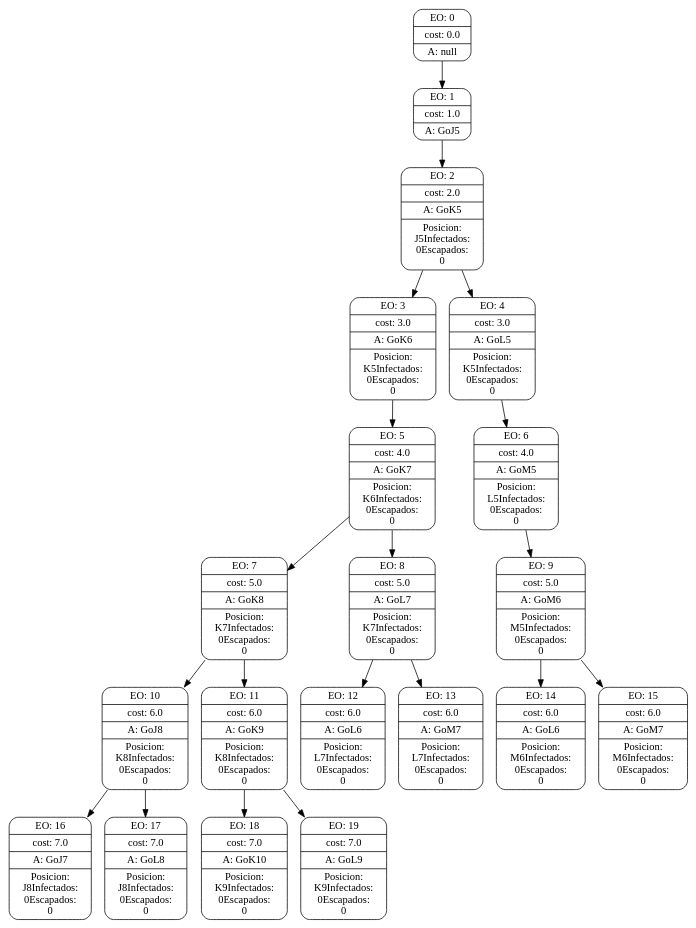
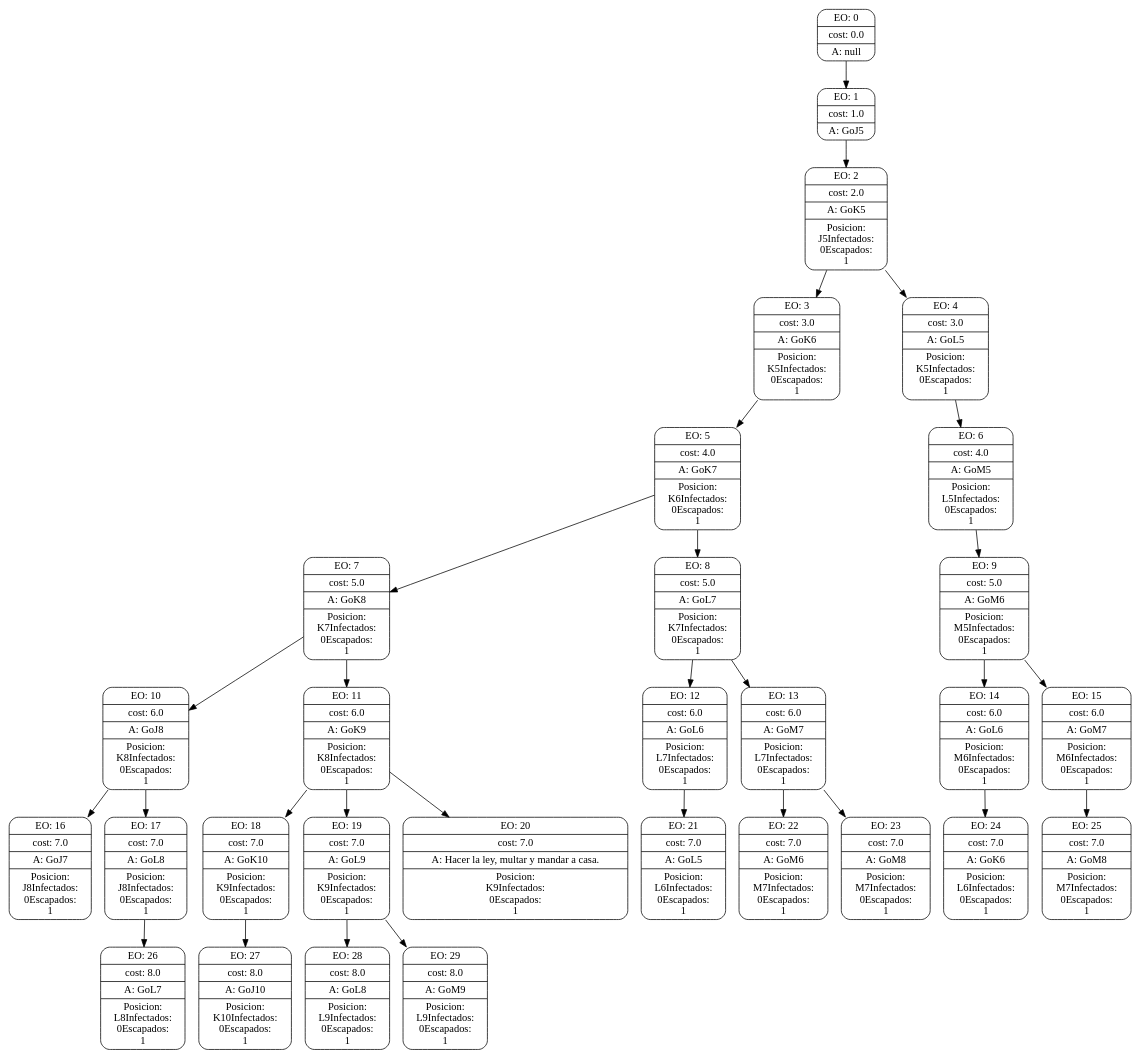
One commit to eliasbrizi/tp1IA changed the diagram in inteligenciaArtificialTP1/searchGVTrees/0.dot. Above: the diagram before and after it, drawn with Graphviz. The commit also changed 43 other files, not shown here.

```diff
--- a/inteligenciaArtificialTP1/searchGVTrees/0.dot
+++ b/inteligenciaArtificialTP1/searchGVTrees/0.dot
@@ -1,99 +1,149 @@
 digraph g {
 node [shape = Mrecord];
 nodo0[label="{EO: 0|cost: 0.0|A: null}"]
 nodo1[label="{EO: 1|cost: 1.0|A: GoJ5}"]
 nodo2[label="{EO: 2|cost: 2.0|A: GoK5|Posicion:\nJ5
 Infectados:\n0
-Escapados:\n0}"]
+Escapados:\n1}"]
 nodo3[label="{EO: 3|cost: 3.0|A: GoK6|Posicion:\nK5
 Infectados:\n0
-Escapados:\n0}"]
+Escapados:\n1}"]
 nodo5[label="{EO: 5|cost: 4.0|A: GoK7|Posicion:\nK6
 Infectados:\n0
-Escapados:\n0}"]
+Escapados:\n1}"]
 nodo7[label="{EO: 7|cost: 5.0|A: GoK8|Posicion:\nK7
 Infectados:\n0
-Escapados:\n0}"]
+Escapados:\n1}"]
 nodo10[label="{EO: 10|cost: 6.0|A: GoJ8|Posicion:\nK8
 Infectados:\n0
-Escapados:\n0}"]
+Escapados:\n1}"]
 nodo16[label="{EO: 16|cost: 7.0|A: GoJ7|Posicion:\nJ8
 Infectados:\n0
-Escapados:\n0}"]
+Escapados:\n1}"]
 
 nodo10 -> nodo16;
 nodo17[label="{EO: 17|cost: 7.0|A: GoL8|Posicion:\nJ8
 Infectados:\n0
-Escapados:\n0}"]
+Escapados:\n1}"]
+nodo26[label="{EO: 26|cost: 8.0|A: GoL7|Posicion:\nL8
+Infectados:\n0
+Escapados:\n1}"]
+
+nodo17 -> nodo26;
 
 nodo10 -> nodo17;
 
 nodo7 -> nodo10;
 nodo11[label="{EO: 11|cost: 6.0|A: GoK9|Posicion:\nK8
 Infectados:\n0
-Escapados:\n0}"]
+Escapados:\n1}"]
 nodo18[label="{EO: 18|cost: 7.0|A: GoK10|Posicion:\nK9
 Infectados:\n0
-Escapados:\n0}"]
+Escapados:\n1}"]
+nodo27[label="{EO: 27|cost: 8.0|A: GoJ10|Posicion:\nK10
+Infectados:\n0
+Escapados:\n1}"]
+
+nodo18 -> nodo27;
 
 nodo11 -> nodo18;
 nodo19[label="{EO: 19|cost: 7.0|A: GoL9|Posicion:\nK9
 Infectados:\n0
-Escapados:\n0}"]
+Escapados:\n1}"]
+nodo28[label="{EO: 28|cost: 8.0|A: GoL8|Posicion:\nL9
+Infectados:\n0
+Escapados:\n1}"]
+
+nodo19 -> nodo28;
+nodo29[label="{EO: 29|cost: 8.0|A: GoM9|Posicion:\nL9
+Infectados:\n0
+Escapados:\n1}"]
+
+nodo19 -> nodo29;
 
 nodo11 -> nodo19;
+nodo20[label="{EO: 20|cost: 7.0|A: Hacer la ley, multar y mandar a casa.|Posicion:\nK9
+Infectados:\n0
+Escapados:\n1}"]
+
+nodo11 -> nodo20;
 
 nodo7 -> nodo11;
 
 nodo5 -> nodo7;
 nodo8[label="{EO: 8|cost: 5.0|A: GoL7|Posicion:\nK7
 Infectados:\n0
-Escapados:\n0}"]
+Escapados:\n1}"]
 nodo12[label="{EO: 12|cost: 6.0|A: GoL6|Posicion:\nL7
 Infectados:\n0
-Escapados:\n0}"]
+Escapados:\n1}"]
+nodo21[label="{EO: 21|cost: 7.0|A: GoL5|Posicion:\nL6
+Infectados:\n0
+Escapados:\n1}"]
+
+nodo12 -> nodo21;
 
 nodo8 -> nodo12;
 nodo13[label="{EO: 13|cost: 6.0|A: GoM7|Posicion:\nL7
 Infectados:\n0
-Escapados:\n0}"]
+Escapados:\n1}"]
+nodo22[label="{EO: 22|cost: 7.0|A: GoM6|Posicion:\nM7
+Infectados:\n0
+Escapados:\n1}"]
+
+nodo13 -> nodo22;
+nodo23[label="{EO: 23|cost: 7.0|A: GoM8|Posicion:\nM7
+Infectados:\n0
+Escapados:\n1}"]
+
+nodo13 -> nodo23;
 
 nodo8 -> nodo13;
 
 nodo5 -> nodo8;
 
 nodo3 -> nodo5;
 
 nodo2 -> nodo3;
 nodo4[label="{EO: 4|cost: 3.0|A: GoL5|Posicion:\nK5
 Infectados:\n0
-Escapados:\n0}"]
+Escapados:\n1}"]
 nodo6[label="{EO: 6|cost: 4.0|A: GoM5|Posicion:\nL5
 Infectados:\n0
-Escapados:\n0}"]
+Escapados:\n1}"]
 nodo9[label="{EO: 9|cost: 5.0|A: GoM6|Posicion:\nM5
 Infectados:\n0
-Escapados:\n0}"]
+Escapados:\n1}"]
 nodo14[label="{EO: 14|cost: 6.0|A: GoL6|Posicion:\nM6
 Infectados:\n0
-Escapados:\n0}"]
+Escapados:\n1}"]
+nodo24[label="{EO: 24|cost: 7.0|A: GoK6|Posicion:\nL6
+Infectados:\n0
+Escapados:\n1}"]
+
+nodo14 -> nodo24;
 
 nodo9 -> nodo14;
 nodo15[label="{EO: 15|cost: 6.0|A: GoM7|Posicion:\nM6
 Infectados:\n0
-Escapados:\n0}"]
+Escapados:\n1}"]
+nodo25[label="{EO: 25|cost: 7.0|A: GoM8|Posicion:\nM7
+Infectados:\n0
+Escapados:\n1}"]
+
+nodo15 -> nodo25;
 
 nodo9 -> nodo15;
 
 nodo6 -> nodo9;
 
 nodo4 -> nodo6;
 
 nodo2 -> nodo4;
 
 nodo1 -> nodo2;
 
 nodo0 -> nodo1;
 
 
 }
```
